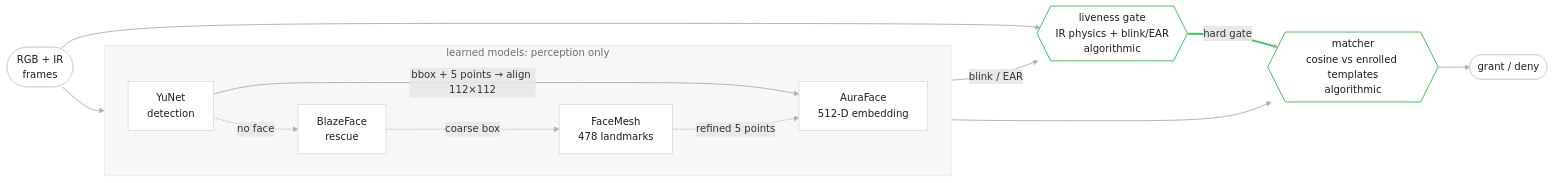
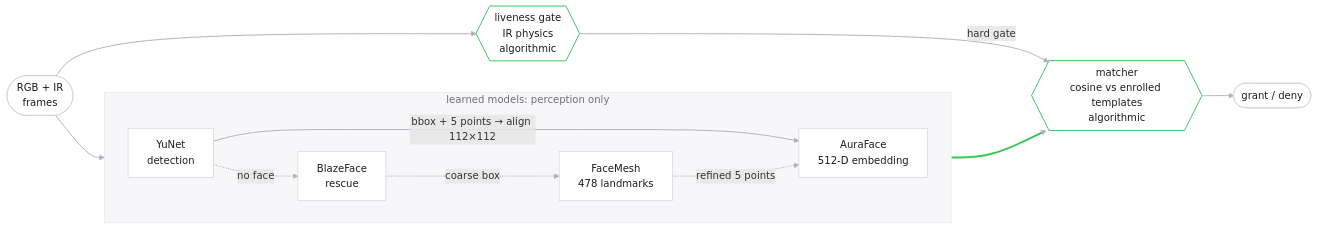
Before and after one commit to FizykPSX/irlume: the second of 3 diagrams in docs/ARCHITECTURE.md, drawn with Mermaid. The commit also changed other lines of this file and 31 other files, not shown here.

````diff
--- a/docs/ARCHITECTURE.md
+++ b/docs/ARCHITECTURE.md
@@ -96,31 +100,30 @@
 ```mermaid
 flowchart LR
     cap(["RGB + IR<br/>frames"])
     subgraph models["learned models: perception only"]
         direction LR
         yunet["YuNet<br/>detection"]
         blaze["BlazeFace<br/>rescue"]
         mesh["FaceMesh<br/>478 landmarks"]
         aura["AuraFace<br/>512-D embedding"]
     end
-    live{{"liveness gate<br/>IR physics + blink/EAR<br/>algorithmic"}}
+    live{{"liveness gate<br/>IR physics<br/>algorithmic"}}
     match{{"matcher<br/>cosine vs enrolled templates<br/>algorithmic"}}
     out(["grant / deny"])
     cap --> yunet
     yunet -->|"bbox + 5 points → align 112×112"| aura
     yunet -.->|"no face"| blaze
     blaze -.->|"coarse box"| mesh
     mesh -.->|"refined 5 points"| aura
-    mesh -->|"blink / EAR"| live
     cap --> live
     live ==>|"hard gate"| match
     aura --> match
     match --> out
     classDef base fill:#ffffff,stroke:#d2d2d7,stroke-width:1px,color:#1d1d1f;
     classDef gate fill:#ffffff,stroke:#34c759,stroke-width:1.5px,color:#1d1d1f;
     class cap,yunet,blaze,mesh,aura,out base;
     class live,match gate;
     style models fill:#f7f7f9,stroke:#e5e5ea,color:#6e6e73;
     linkStyle default stroke:#b0b0b8,stroke-width:1.5px;
     linkStyle 7 stroke:#34c759,stroke-width:3px;
 ```
````
